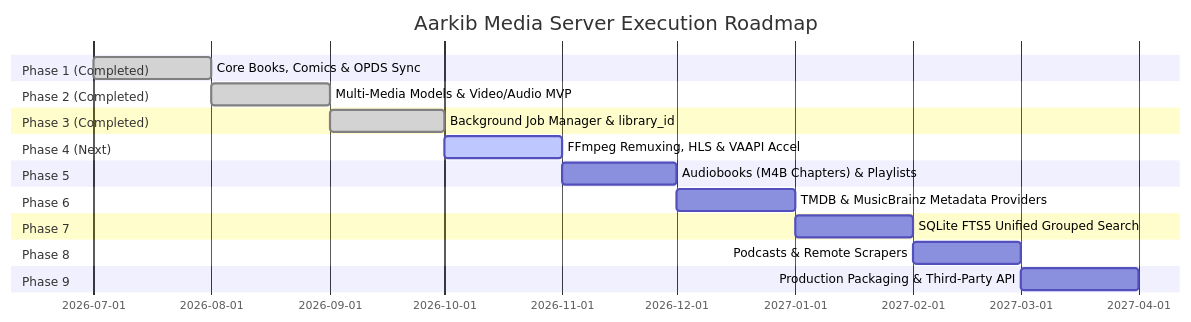
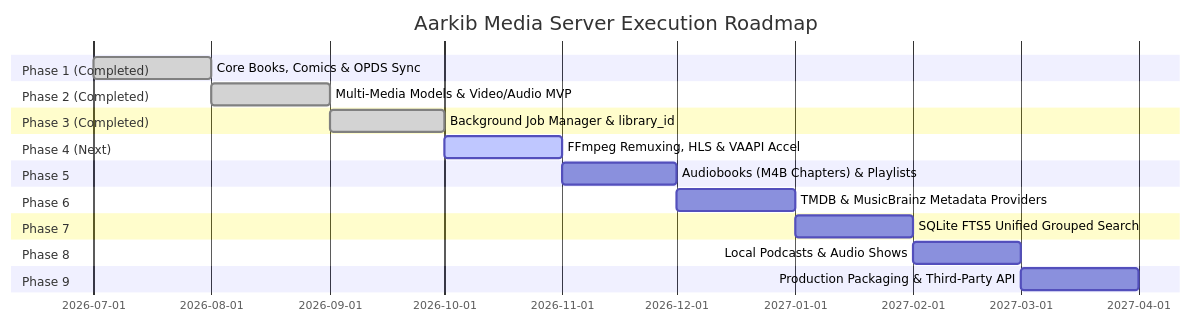
One commit to syfq91/aarkib changed the sixth of 6 diagrams in media_server_execution_plan.md. Above: the diagram before and after it, drawn with Mermaid. The commit also changed other lines of this file, not shown here.

Commit message:
docs: clarify local-only media playback and metadata-only enrichment principle

````diff
--- a/media_server_execution_plan.md
+++ b/media_server_execution_plan.md
@@ -440,23 +441,23 @@
 ```mermaid
 gantt
     title Aarkib Media Server Execution Roadmap
     dateFormat  YYYY-MM
     section Phase 1 (Completed)
     Core Books, Comics & OPDS Sync       :done, p1, 2026-07, 2026-08
     section Phase 2 (Completed)
     Multi-Media Models & Video/Audio MVP :done, p2, 2026-08, 2026-09
     section Phase 3 (Completed)
     Background Job Manager & library_id  :done, p3, 2026-09, 2026-10
     section Phase 4 (Next)
     FFmpeg Remuxing, HLS & VAAPI Accel   :active, p4, 2026-10, 2026-11
     section Phase 5
     Audiobooks (M4B Chapters) & Playlists:p5, 2026-11, 2026-12
     section Phase 6
     TMDB & MusicBrainz Metadata Providers:p6, 2026-12, 2027-01
     section Phase 7
     SQLite FTS5 Unified Grouped Search   :p7, 2027-01, 2027-02
     section Phase 8
-    Podcasts & Remote Scrapers           :p8, 2027-02, 2027-03
+    Local Podcasts & Audio Shows         :p8, 2027-02, 2027-03
     section Phase 9
     Production Packaging & Third-Party API:p9, 2027-03, 2027-04
 ```
````
